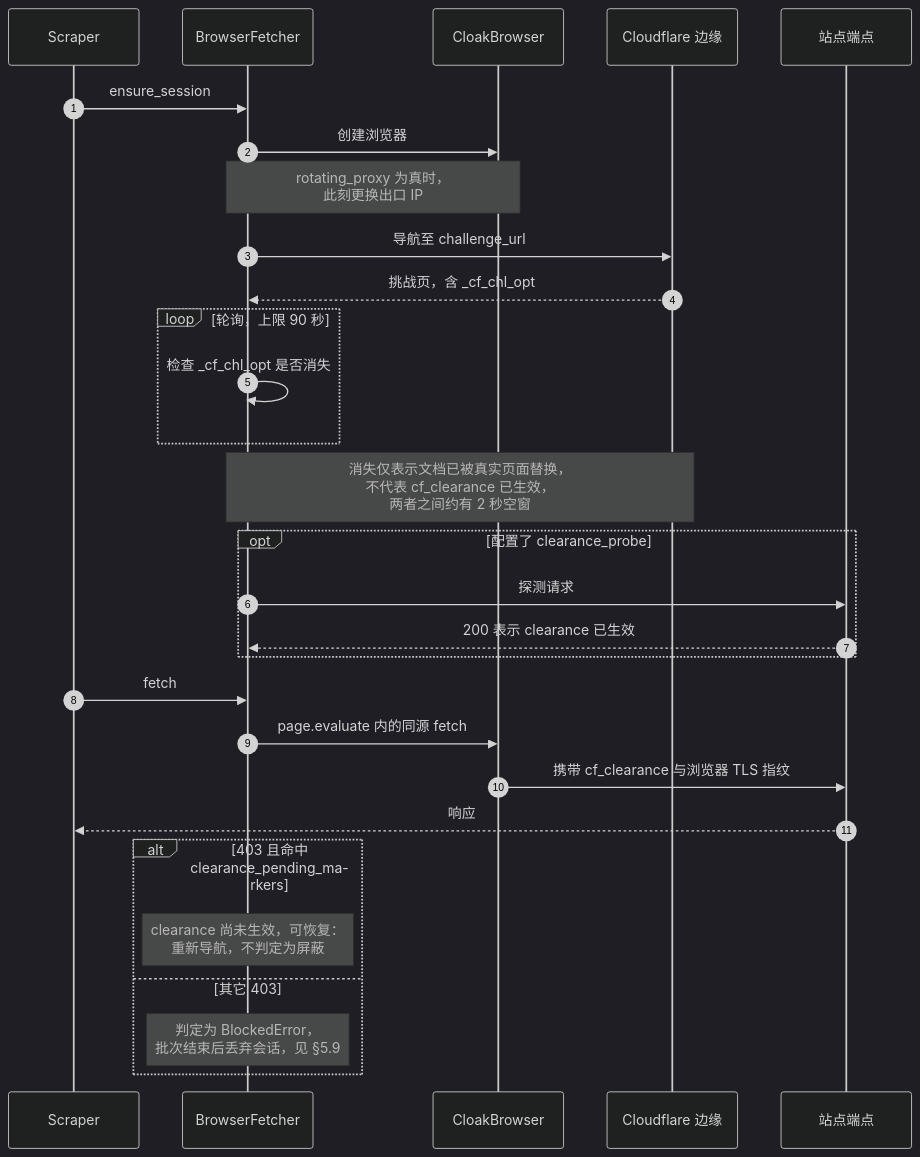
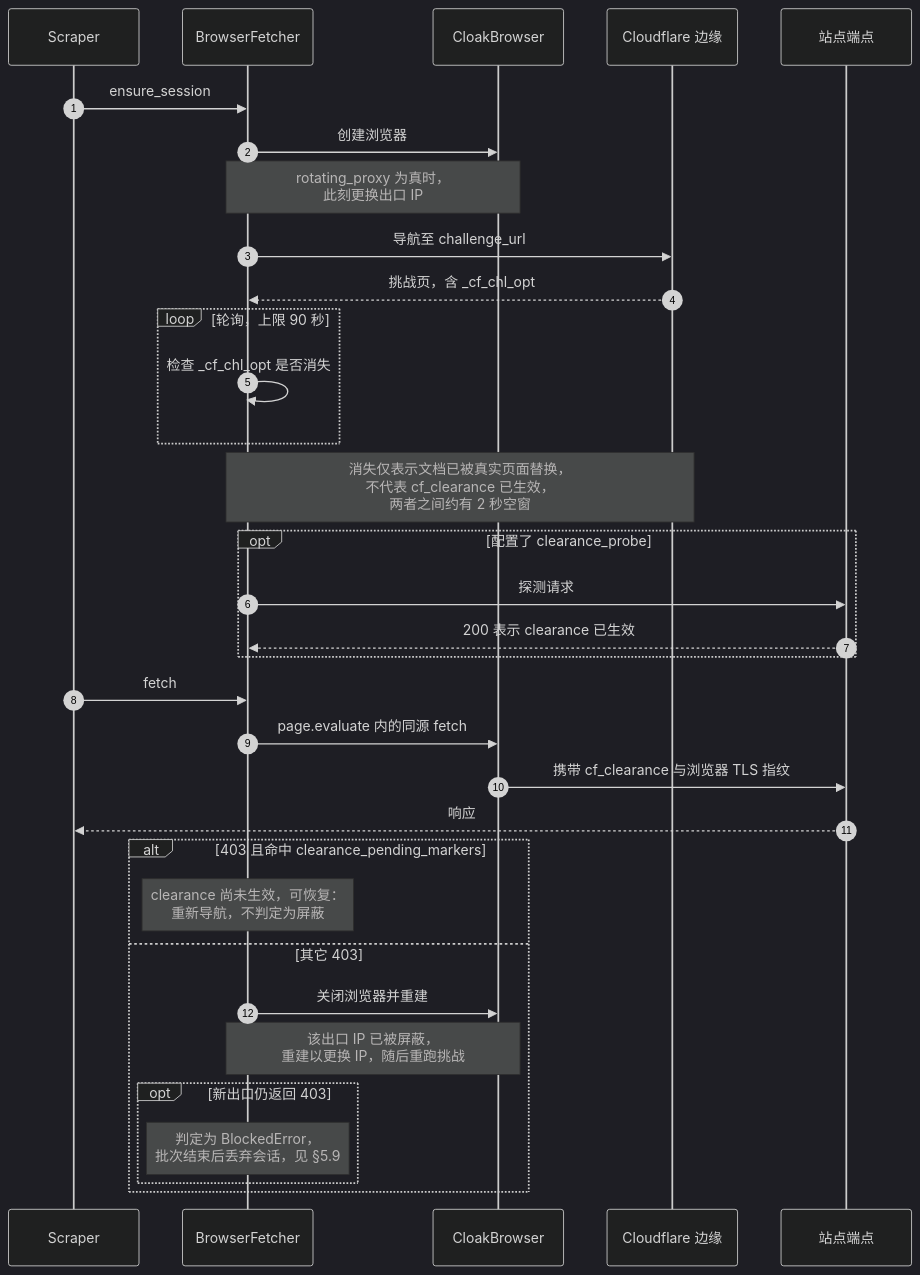
The third of 6 diagrams in docs/ARCHITECTURE.md (751K/holland2stay-monitor), drawn with Mermaid (dark theme) before and after one commit. The commit also changed other lines of this file and 4 other files, not shown here.

````diff
--- a/docs/ARCHITECTURE.md
+++ b/docs/ARCHITECTURE.md
@@ -158,37 +158,41 @@
 ```mermaid
 sequenceDiagram
     autonumber
     participant S as Scraper
     participant BF as BrowserFetcher
     participant CB as CloakBrowser
     participant CF as Cloudflare 边缘
     participant Site as 站点端点
 
     S->>BF: ensure_session
     BF->>CB: 创建浏览器
     Note over BF,CB: rotating_proxy 为真时，<br/>此刻更换出口 IP
     BF->>CF: 导航至 challenge_url
     CF-->>BF: 挑战页，含 _cf_chl_opt
 
     loop 轮询，上限 90 秒
         BF->>BF: 检查 _cf_chl_opt 是否消失
     end
 
     Note over BF,CF: 消失仅表示文档已被真实页面替换，<br/>不代表 cf_clearance 已生效，<br/>两者之间约有 2 秒空窗
 
     opt 配置了 clearance_probe
         BF->>Site: 探测请求
         Site-->>BF: 200 表示 clearance 已生效
     end
 
     S->>BF: fetch
     BF->>CB: page.evaluate 内的同源 fetch
     CB->>Site: 携带 cf_clearance 与浏览器 TLS 指纹
     Site-->>S: 响应
 
     alt 403 且命中 clearance_pending_markers
         Note over BF: clearance 尚未生效，可恢复：<br/>重新导航，不判定为屏蔽
     else 其它 403
-        Note over BF: 判定为 BlockedError，<br/>批次结束后丢弃会话，见 §5.9
+        BF->>CB: 关闭浏览器并重建
+        Note over BF,CB: 该出口 IP 已被屏蔽，<br/>重建以更换 IP，随后重跑挑战
+        opt 新出口仍返回 403
+            Note over BF: 判定为 BlockedError，<br/>批次结束后丢弃会话，见 §5.9
+        end
     end
 ```
````
